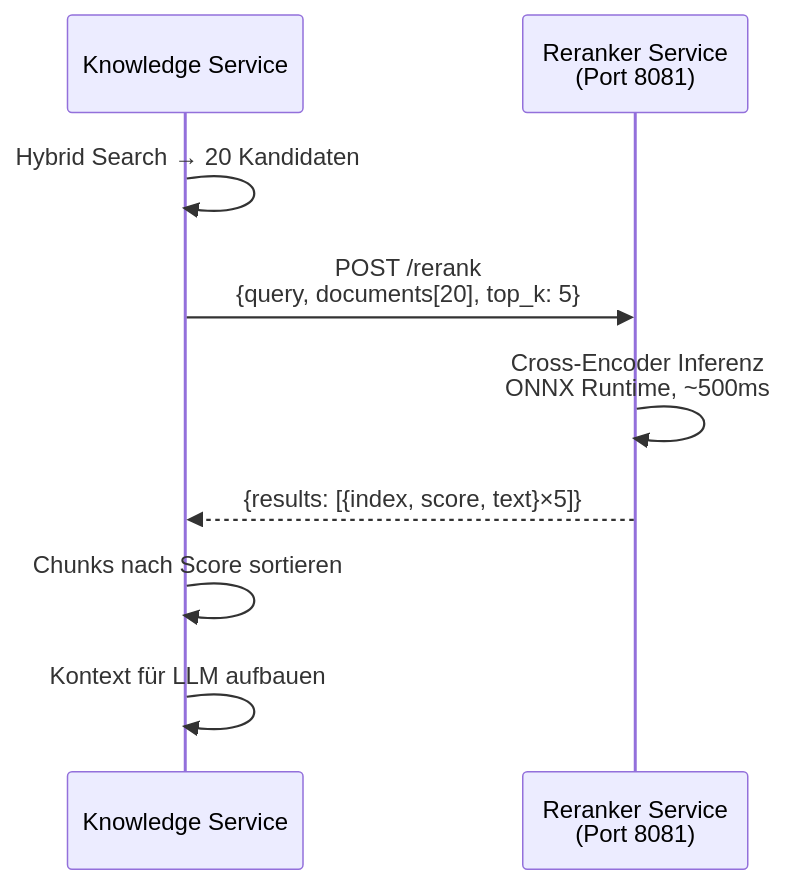
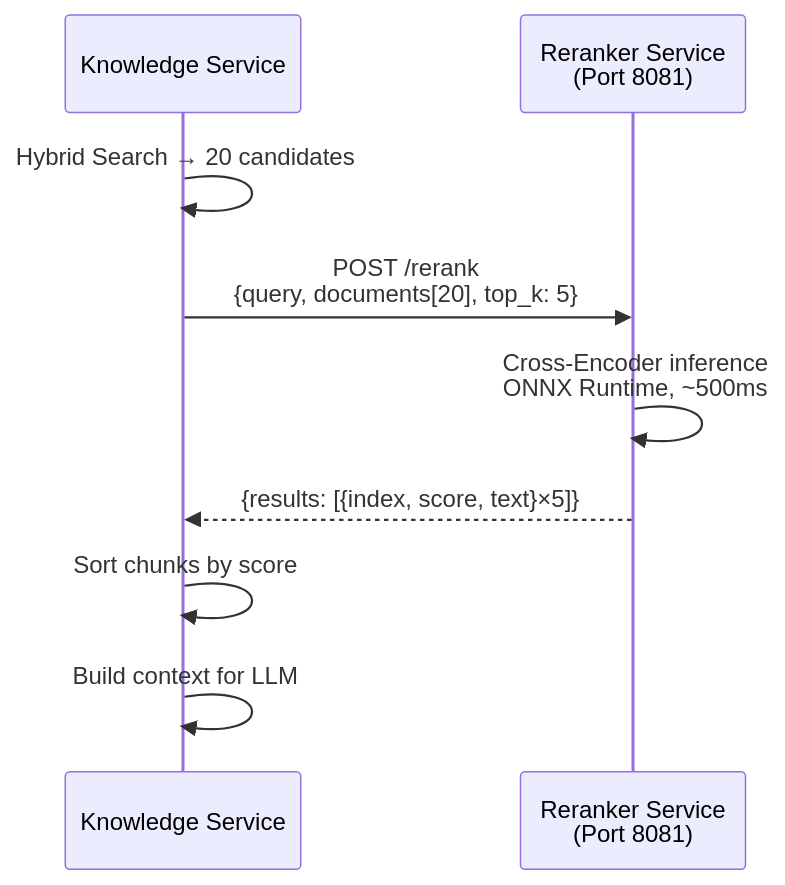
The second of 3 diagrams in docs/de/architecture/ai-architecture.md (nolte/kamerplanter), drawn with Mermaid before and after one commit. The commit also changed other lines of this file and 44 other files, not shown here.

First line of the commit message:
docs: make all Mermaid diagrams spec-compliant (repo-wide sweep)

````diff
--- a/docs/de/architecture/ai-architecture.md
+++ b/docs/de/architecture/ai-architecture.md
@@ -257,12 +259,12 @@
 ```mermaid
 sequenceDiagram
     participant KS as Knowledge Service
     participant RE as Reranker Service<br/>(Port 8081)
 
-    KS->>KS: Hybrid Search → 20 Kandidaten
+    KS->>KS: Hybrid Search → 20 candidates
     KS->>RE: POST /rerank<br/>{query, documents[20], top_k: 5}
-    RE->>RE: Cross-Encoder Inferenz<br/>ONNX Runtime, ~500ms
+    RE->>RE: Cross-Encoder inference<br/>ONNX Runtime, ~500ms
     RE-->>KS: {results: [{index, score, text}×5]}
-    KS->>KS: Chunks nach Score sortieren
-    KS->>KS: Kontext für LLM aufbauen
+    KS->>KS: Sort chunks by score
+    KS->>KS: Build context for LLM
 ```
````
